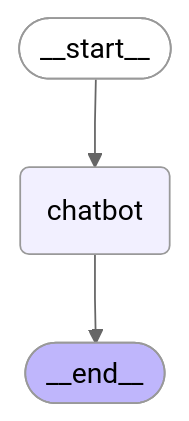
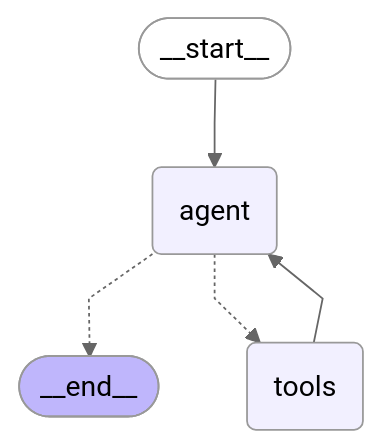
The diagram in README.md (krupkaf/AI_Test_Mini), drawn with Mermaid (neutral theme) before and after one commit. The commit also changed other lines of this file and 14 other files, not shown here.

````diff
--- a/README.md
+++ b/README.md
@@ -50,17 +59,20 @@
 ```mermaid
 ---
 config:
   flowchart:
     curve: linear
 ---
 graph TD;
 	__start__([<p>__start__</p>]):::first
-	chatbot(chatbot)
+	agent(agent)
+	tools(tools)
 	__end__([<p>__end__</p>]):::last
-	__start__ --> chatbot;
-	chatbot --> __end__;
+	__start__ --> agent;
+	agent -.-> __end__;
+	agent -.-> tools;
+	tools --> agent;
 	classDef default fill:#f2f0ff,line-height:1.2
 	classDef first fill-opacity:0
 	classDef last fill:#bfb6fc
 
 ```
````
